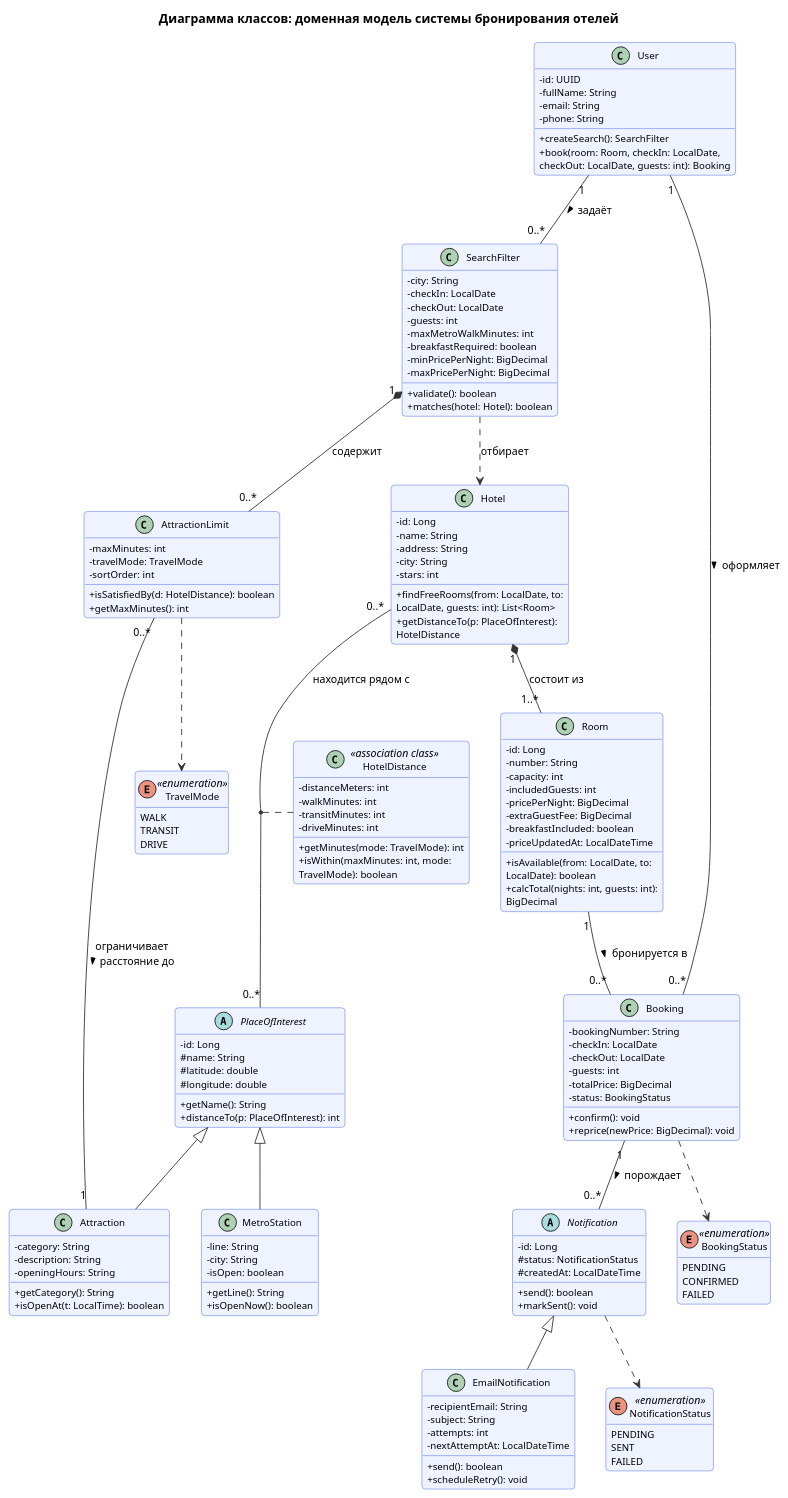
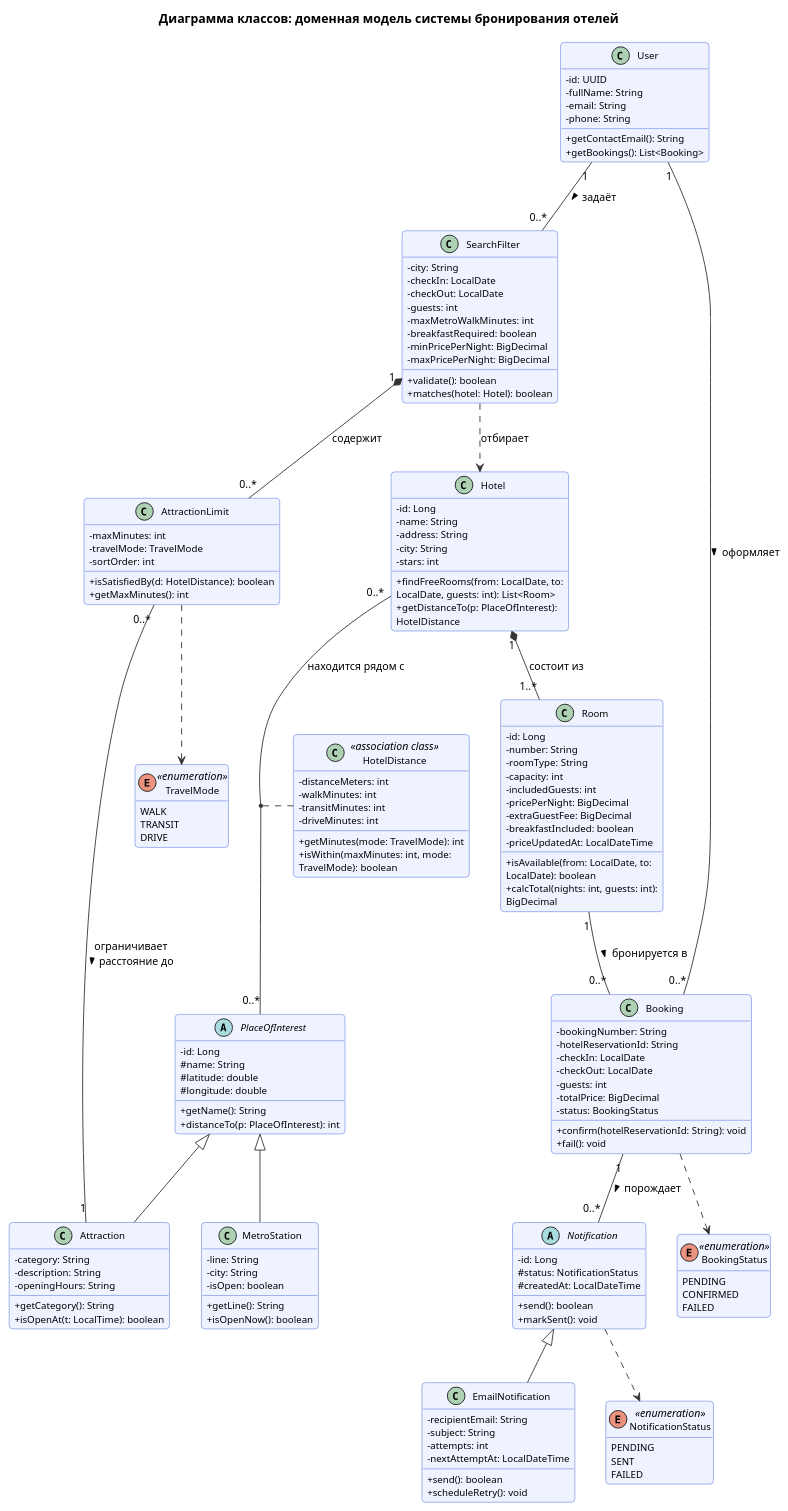
One commit to Remsely/cu-system-analysis changed the diagram in hw2/2_1_class.puml. Above: the diagram before and after it, drawn with PlantUML. The commit also changed 1 other file, not shown here.

Commit message:
fix: align class and object diagrams with the booking flow
- Booking: hotelReservationId added; reprice() removed (a booking is
  created only after the price matched), confirm(hotelReservationId)
  and fail() match PENDING -> CONFIRMED | FAILED in the sequence.
- Room: roomType added (it goes into the confirmation email per hw1).
- User: no longer creates searches/bookings itself; methods are
  getContactEmail() and getBookings().
- Object diagram updated with roomType and hotelReservationId.

Claude-Session: https://claude.ai/code/session_01GqxdLWzwTh89iq96gpoYoC

```diff
--- a/hw2/2_1_class.puml
+++ b/hw2/2_1_class.puml
@@ -1,169 +1,170 @@
 @startuml
 skinparam shadowing false
 skinparam defaultFontSize 12
 skinparam backgroundColor white
 skinparam roundCorner 8
 skinparam ArrowColor #333333
 skinparam wrapWidth 220
 title Диаграмма классов: доменная модель системы бронирования отелей
 skinparam classAttributeIconSize 0
 skinparam class {
   BackgroundColor #EEF3FF
   BorderColor #3B5BDB
   AttributeFontSize 11
 }
 hide empty members
 
 class User {
   - id: UUID
   - fullName: String
   - email: String
   - phone: String
-  + createSearch(): SearchFilter
-  + book(room: Room, checkIn: LocalDate,
-    checkOut: LocalDate, guests: int): Booking
+  + getContactEmail(): String
+  + getBookings(): List<Booking>
 }
 
 class SearchFilter {
   - city: String
   - checkIn: LocalDate
   - checkOut: LocalDate
   - guests: int
   - maxMetroWalkMinutes: int
   - breakfastRequired: boolean
   - minPricePerNight: BigDecimal
   - maxPricePerNight: BigDecimal
   + validate(): boolean
   + matches(hotel: Hotel): boolean
 }
 
 class AttractionLimit {
   - maxMinutes: int
   - travelMode: TravelMode
   - sortOrder: int
   + isSatisfiedBy(d: HotelDistance): boolean
   + getMaxMinutes(): int
 }
 
 abstract class PlaceOfInterest {
   - id: Long
   # name: String
   # latitude: double
   # longitude: double
   + getName(): String
   + distanceTo(p: PlaceOfInterest): int
 }
 
 class MetroStation {
   - line: String
   - city: String
   - isOpen: boolean
   + getLine(): String
   + isOpenNow(): boolean
 }
 
 class Attraction {
   - category: String
   - description: String
   - openingHours: String
   + getCategory(): String
   + isOpenAt(t: LocalTime): boolean
 }
 
 class Hotel {
   - id: Long
   - name: String
   - address: String
   - city: String
   - stars: int
   + findFreeRooms(from: LocalDate, to: LocalDate, guests: int): List<Room>
   + getDistanceTo(p: PlaceOfInterest): HotelDistance
 }
 
 class Room {
   - id: Long
   - number: String
+  - roomType: String
   - capacity: int
   - includedGuests: int
   - pricePerNight: BigDecimal
   - extraGuestFee: BigDecimal
   - breakfastIncluded: boolean
   - priceUpdatedAt: LocalDateTime
   + isAvailable(from: LocalDate, to: LocalDate): boolean
   + calcTotal(nights: int, guests: int): BigDecimal
 }
 
 class HotelDistance <<association class>> {
   - distanceMeters: int
   - walkMinutes: int
   - transitMinutes: int
   - driveMinutes: int
   + getMinutes(mode: TravelMode): int
   + isWithin(maxMinutes: int, mode: TravelMode): boolean
 }
 
 class Booking {
   - bookingNumber: String
+  - hotelReservationId: String
   - checkIn: LocalDate
   - checkOut: LocalDate
   - guests: int
   - totalPrice: BigDecimal
   - status: BookingStatus
-  + confirm(): void
-  + reprice(newPrice: BigDecimal): void
+  + confirm(hotelReservationId: String): void
+  + fail(): void
 }
 
 abstract class Notification {
   - id: Long
   # status: NotificationStatus
   # createdAt: LocalDateTime
   + send(): boolean
   + markSent(): void
 }
 
 class EmailNotification {
   - recipientEmail: String
   - subject: String
   - attempts: int
   - nextAttemptAt: LocalDateTime
   + send(): boolean
   + scheduleRetry(): void
 }
 
 enum TravelMode <<enumeration>> {
   WALK
   TRANSIT
   DRIVE
 }
 enum BookingStatus <<enumeration>> {
   PENDING
   CONFIRMED
   FAILED
 }
 enum NotificationStatus <<enumeration>> {
   PENDING
   SENT
   FAILED
 }
 
 User "1" -- "0..*" SearchFilter : задаёт >
 User "1" -- "0..*" Booking : оформляет >
 SearchFilter "1" *-- "0..*" AttractionLimit : содержит
 AttractionLimit "0..*" -- "1" Attraction : ограничивает\nрасстояние до >
 SearchFilter ..> Hotel : отбирает
 
 Hotel "1" *-- "1..*" Room : состоит из
 Room "1" -- "0..*" Booking : бронируется в >
 Booking "1" -- "0..*" Notification : порождает >
 
 Hotel "0..*" -- "0..*" PlaceOfInterest : находится рядом с
 (Hotel, PlaceOfInterest) .. HotelDistance
 
 PlaceOfInterest <|-- MetroStation
 PlaceOfInterest <|-- Attraction
 Notification <|-- EmailNotification
 
 AttractionLimit ..> TravelMode
 Booking ..> BookingStatus
 Notification ..> NotificationStatus
 @enduml
```
